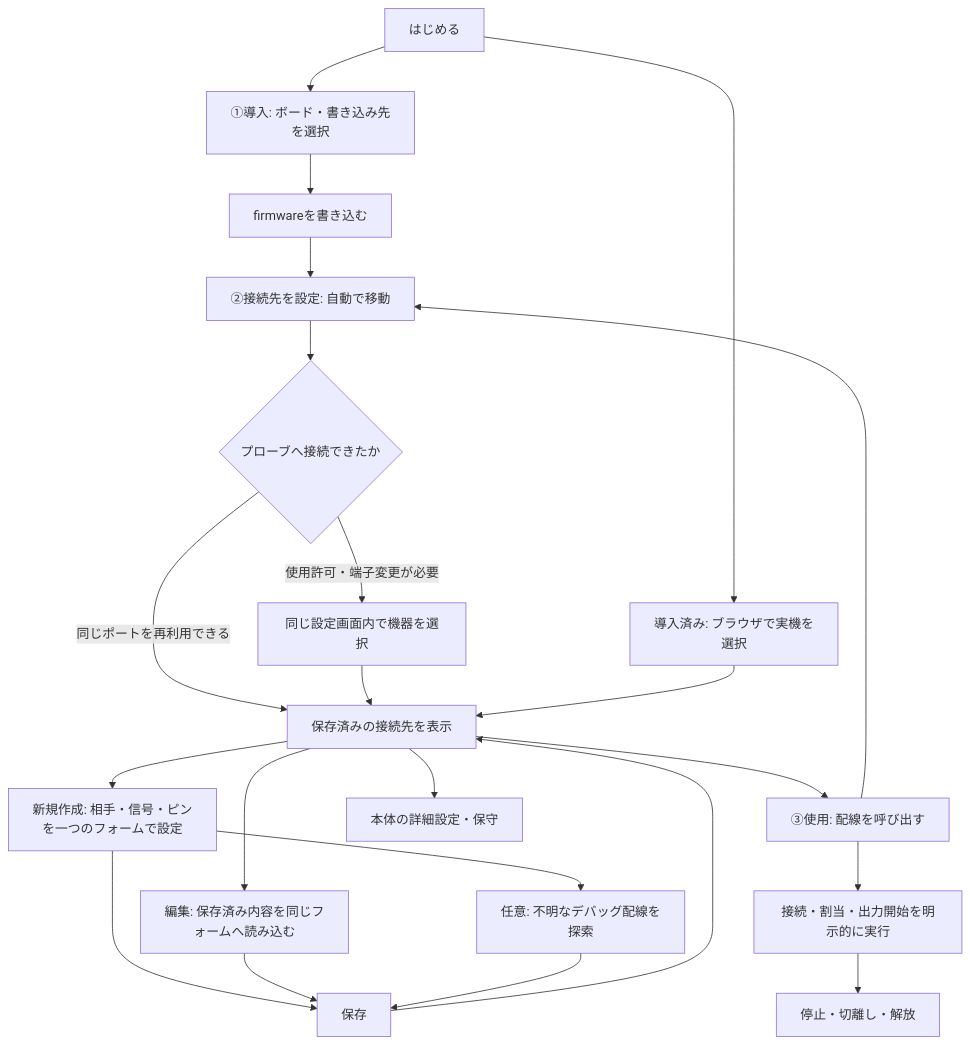
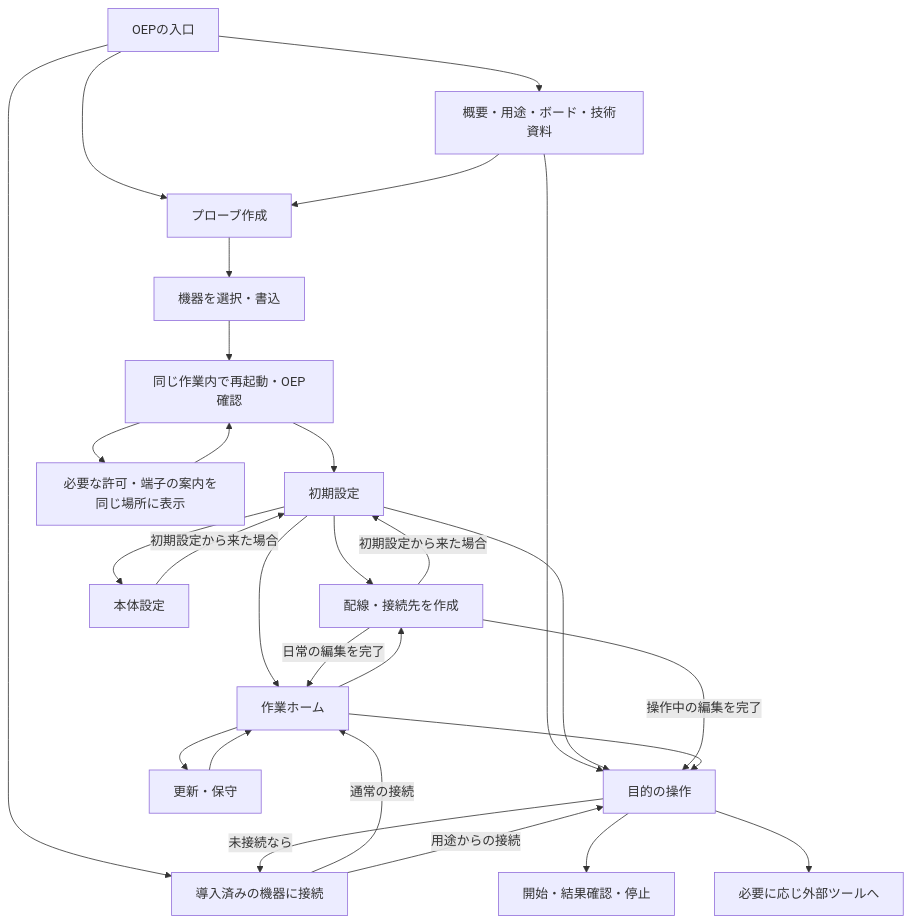
Before and after one commit to Open-Embedded-Probe/oep-client-js: the diagram in docs/page.ja.md, drawn with Mermaid. The commit also changed other lines of this file and 7 other files, not shown here.

````diff
--- a/docs/page.ja.md
+++ b/docs/page.ja.md
@@ -40,24 +148,30 @@
 ```mermaid
 flowchart TD
-  H[はじめる] --> F[①導入: ボード・書き込み先を選択]
-  F --> W[firmwareを書き込む]
-  W --> C[②接続先を設定: 自動で移動]
-  C --> R{プローブへ接続できたか}
-  R -->|同じポートを再利用できる| L[保存済みの接続先を表示]
-  R -->|使用許可・端子変更が必要| P[同じ設定画面内で機器を選択]
-  P --> L
-  H --> A[導入済み: ブラウザで実機を選択]
-  A --> L
-  L --> N[新規作成: 相手・信号・ピンを一つのフォームで設定]
-  L --> E[編集: 保存済み内容を同じフォームへ読み込む]
-  N --> S[保存]
-  E --> S
-  S --> L
-  N --> Q[任意: 不明なデバッグ配線を探索]
-  Q --> S
-  L --> U[③使用: 配線を呼び出す]
-  U --> X[接続・割当・出力開始を明示的に実行]
-  X --> D[停止・切離し・解放]
-  U --> C
-  L --> G[本体の詳細設定・保守]
+  P[OEPの入口] --> R[概要・用途・ボード・技術資料]
+  P --> I[プローブ作成]
+  R --> I
+  R --> U[目的の操作]
+  I --> F[機器を選択・書込]
+  F --> B[同じ作業内で再起動・OEP確認]
+  B --> S[初期設定]
+  B --> E[必要な許可・端子の案内を同じ場所に表示]
+  E --> B
+  P --> C[導入済みの機器に接続]
+  C -->|通常の接続| H[作業ホーム]
+  C -->|用途からの接続| U
+  S --> N[配線・接続先を作成]
+  S --> G[本体設定]
+  S --> U
+  S --> H
+  N -->|初期設定から来た場合| S
+  G -->|初期設定から来た場合| S
+  N -->|日常の編集を完了| H
+  N -->|操作中の編集を完了| U
+  H --> N
+  H --> U
+  U -->|未接続なら| C
+  H --> M[更新・保守]
+  M --> H
+  U --> T[開始・結果確認・停止]
+  U --> X[必要に応じ外部ツールへ]
 ```
````
